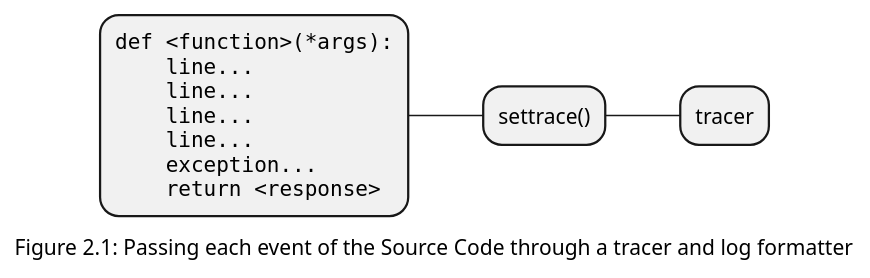
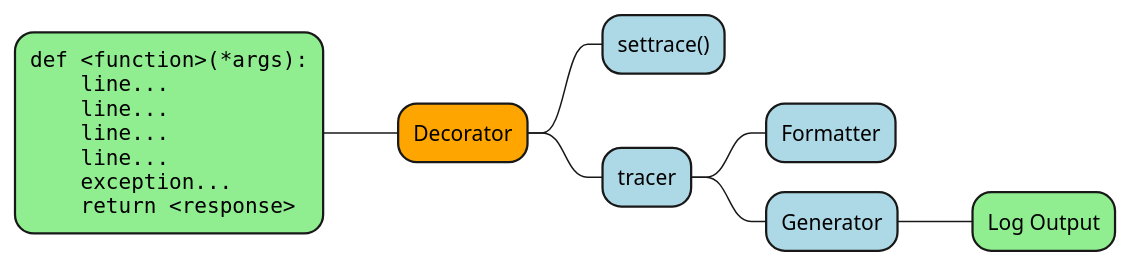
The diagram in umls/function_to_tracer.puml (kushagrasoni/LogLess_Logging), drawn with PlantUML before and after one commit. The commit also changed 4 other files, not shown here.

Commit message:
New UMLs and diagram

```diff
--- a/umls/function_to_tracer.puml
+++ b/umls/function_to_tracer.puml
@@ -1,18 +1,28 @@
 @startmindmap
 
-caption Figure 2.1: Passing each event of the Source Code through a tracer and log formatter
+'caption Figure 2.1: Passing each event type of the Source Code through a tracer and log formatter
 'title Sample Lambda Function
 
-*:<code>
++[#Orange] Decorator
+
+right side 
+
+++[#lightblue] settrace()
+++[#lightblue] tracer
++++[#lightblue] Formatter
++++[#lightblue] Generator
+++++[#lightgreen] Log Output
+
+left side 
+
+**[#lightgreen]:<code>
 def <function>(*args):
     line...
     line...
     line...
     line...
     exception...
     return <response>
 </code>;
 
-** settrace()
-*** tracer
 @endmindmap
```
